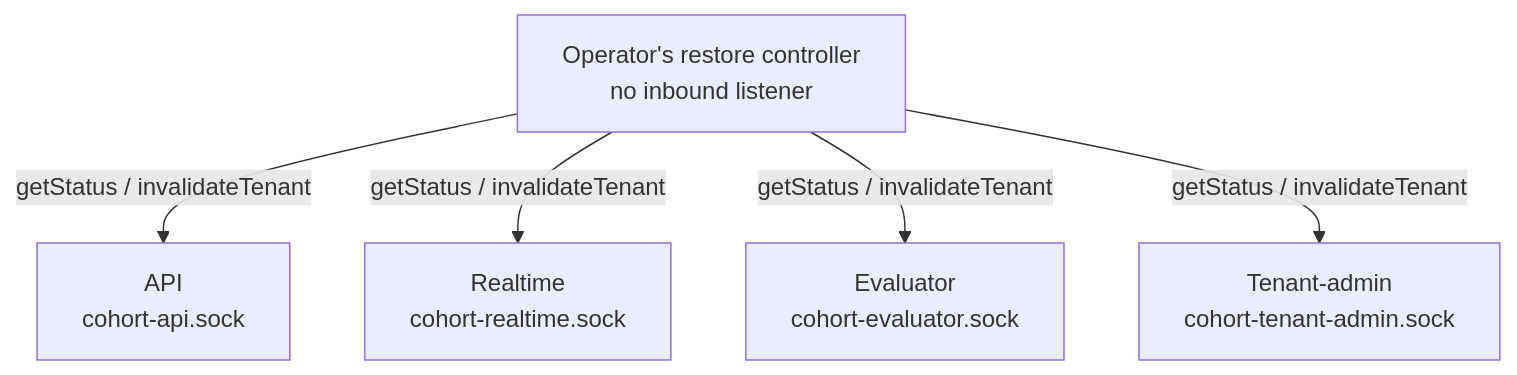
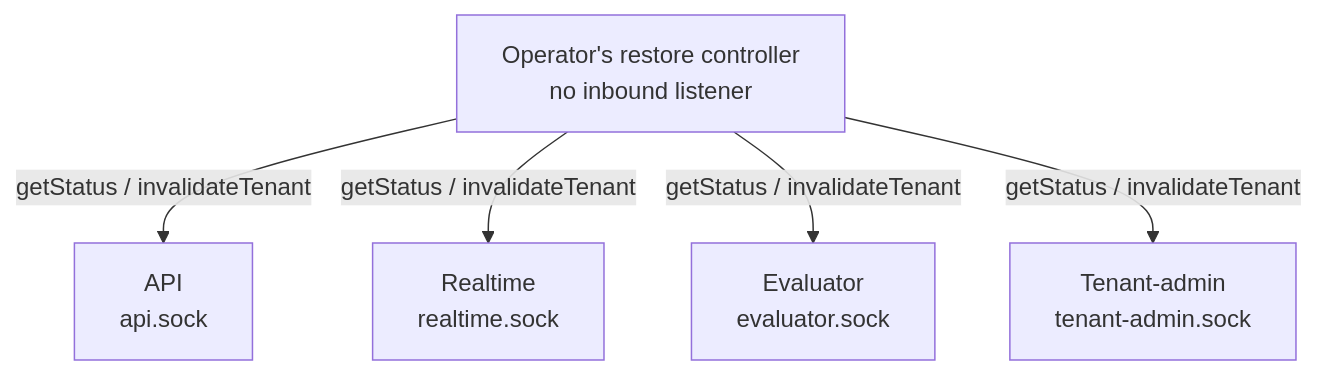
Before and after one commit to nightscout/cgm-remote-monitor: the third of 3 diagrams in docs/internal-service-topology.md, drawn with Mermaid. The commit also changed other lines of this file and 46 other files, not shown here.

````diff
--- a/docs/internal-service-topology.md
+++ b/docs/internal-service-topology.md
@@ -112,8 +112,8 @@
 ```mermaid
 flowchart TB
   O["Operator's restore controller<br/>no inbound listener"]
-  O -->|"getStatus / invalidateTenant"| A["API<br/>cohort-api.sock"]
-  O -->|"getStatus / invalidateTenant"| R["Realtime<br/>cohort-realtime.sock"]
-  O -->|"getStatus / invalidateTenant"| E["Evaluator<br/>cohort-evaluator.sock"]
-  O -->|"getStatus / invalidateTenant"| T["Tenant-admin<br/>cohort-tenant-admin.sock"]
+  O -->|"getStatus / invalidateTenant"| A["API<br/>api.sock"]
+  O -->|"getStatus / invalidateTenant"| R["Realtime<br/>realtime.sock"]
+  O -->|"getStatus / invalidateTenant"| E["Evaluator<br/>evaluator.sock"]
+  O -->|"getStatus / invalidateTenant"| T["Tenant-admin<br/>tenant-admin.sock"]
 ```
````
